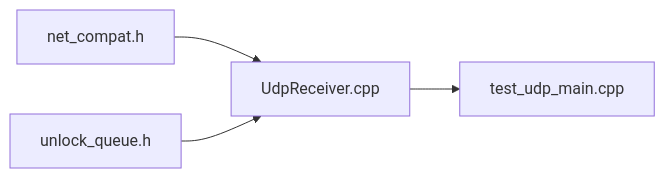
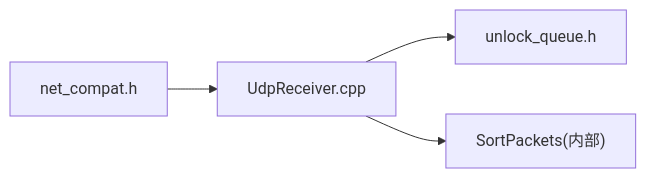
Before and after one commit to Lukad77/awr1843-radar-toolkit: the sixth of 6 diagrams in .qoder/repowiki/zh/content/网络数据链路与解析/数据接收与帧重组.md, drawn with Mermaid. The commit also changed other lines of this file and 106 other files, not shown here.

````diff
--- a/.qoder/repowiki/zh/content/网络数据链路与解析/数据接收与帧重组.md
+++ b/.qoder/repowiki/zh/content/网络数据链路与解析/数据接收与帧重组.md
@@ -324,6 +233,6 @@
 ```mermaid
 graph LR
-Net["net_compat.h"] --> UR["UdpReceiver.cpp"]
-UQ["unlock_queue.h"] --> UR
-UR --> Test["test_udp_main.cpp"]
+NC["net_compat.h"] --> UR["UdpReceiver.cpp"]
+UR --> UQ["unlock_queue.h"]
+UR --> Sort["SortPackets(内部)"]
 ```
````
